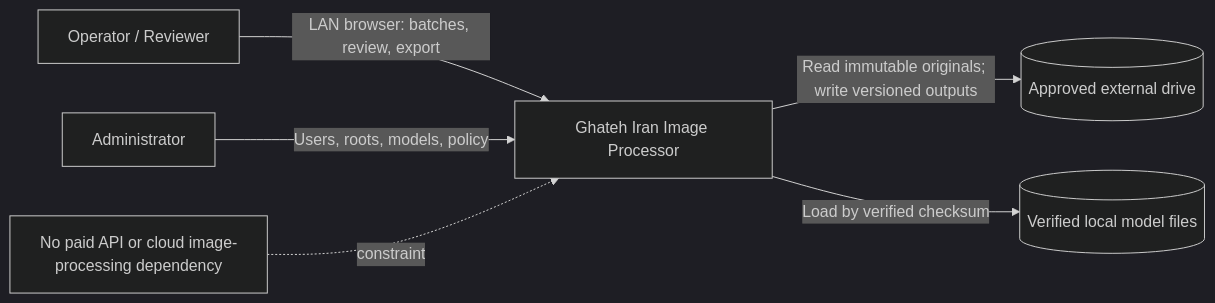
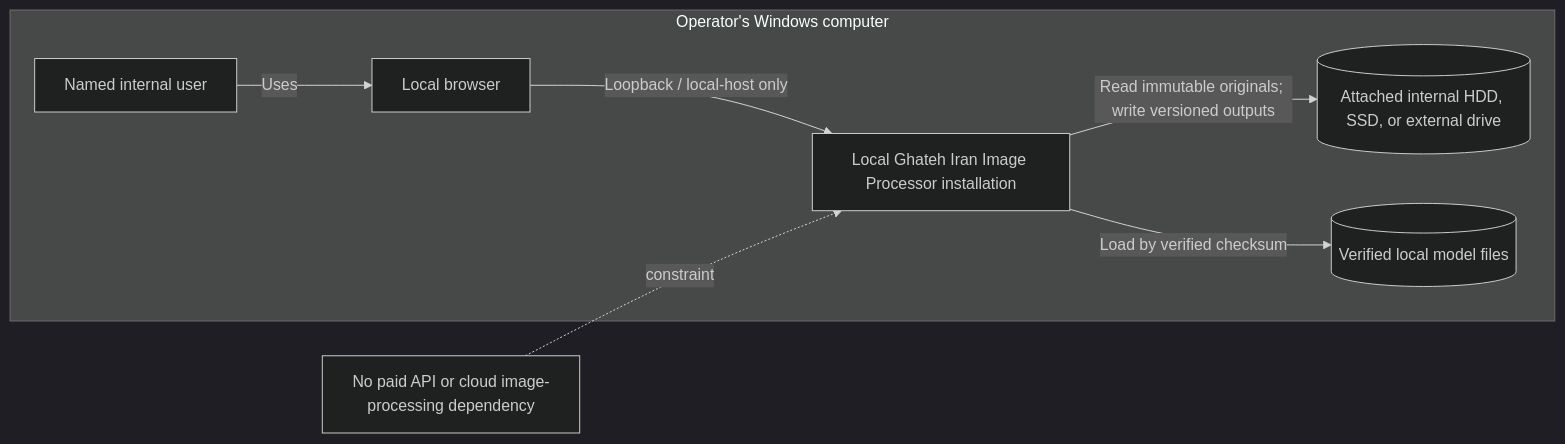
Before and after one commit to mohammadhasan-tayef/ghateh-iran-image-processor: the diagram in docs/diagrams/system-context.md, drawn with Mermaid (dark theme). The commit also changed 5 other files, not shown here.

First line of the commit message:
docs: align internal pilot with standalone local topology (#20)

````diff
--- a/docs/diagrams/system-context.md
+++ b/docs/diagrams/system-context.md
@@ -5,16 +5,18 @@
 ```mermaid
 flowchart LR
-    Operator[Operator / Reviewer]
-    Admin[Administrator]
-    System[Ghateh Iran Image Processor]
-    Drive[(Approved external drive)]
-    Models[(Verified local model files)]
+    subgraph Host[Operator's Windows computer]
+        User[Named internal user]
+        Browser[Local browser]
+        System[Local Ghateh Iran Image Processor installation]
+        Storage[(Attached internal HDD, SSD, or external drive)]
+        Models[(Verified local model files)]
 
-    Operator -->|LAN browser: batches, review, export| System
-    Admin -->|Users, roots, models, policy| System
-    System -->|Read immutable originals; write versioned outputs| Drive
-    System -->|Load by verified checksum| Models
+        User -->|Uses| Browser
+        Browser -->|Loopback / local-host only| System
+        System -->|Read immutable originals; write versioned outputs| Storage
+        System -->|Load by verified checksum| Models
+    end
 
     note[No paid API or cloud image-processing dependency]
     note -. constraint .-> System
 ```
````
